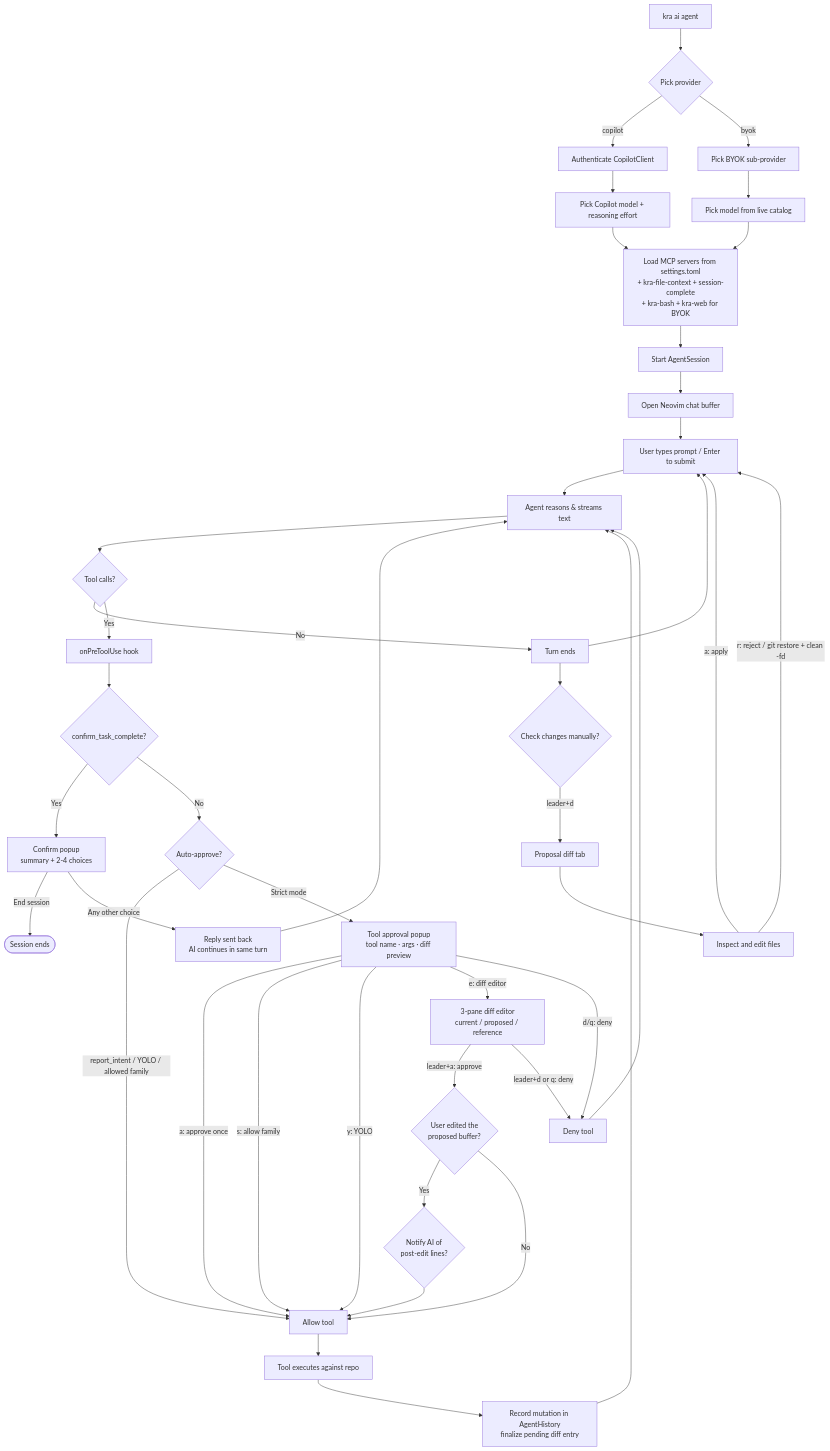
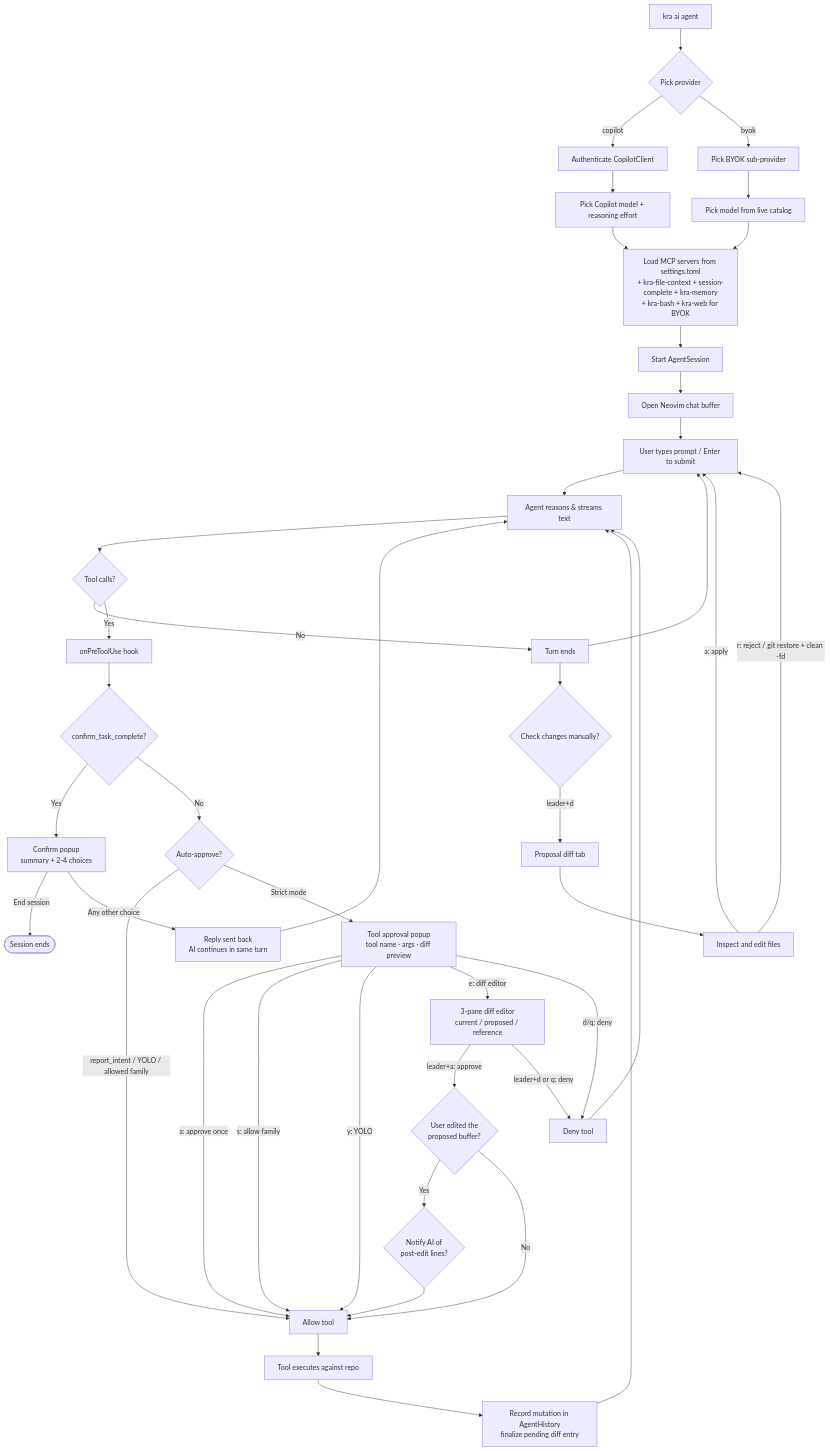
One commit to ChrisRistoff/kra-tmux changed the diagram in AGENT.md. Above: the diagram before and after it, drawn with Mermaid. The commit also changed other lines of this file and 43 other files, not shown here.

First line of the commit message:
feat: Add agent memory indexing, UI improvements, and BYOK provider enhancements

````diff
--- a/AGENT.md
+++ b/AGENT.md
@@ -93,55 +94,55 @@
 ```mermaid
 flowchart TD
     START["kra ai agent"] --> PROVIDER{Pick provider}
 
     PROVIDER -- copilot --> COPILOT_AUTH[Authenticate CopilotClient]
     COPILOT_AUTH --> COPILOT_MODEL[Pick Copilot model + reasoning effort]
     COPILOT_MODEL --> SHARED
 
     PROVIDER -- byok --> BYOK_PROV[Pick BYOK sub-provider]
     BYOK_PROV --> BYOK_MODEL[Pick model from live catalog]
     BYOK_MODEL --> SHARED
 
-    SHARED[Load MCP servers from settings.toml<br/>+ kra-file-context + session-complete<br/>+ kra-bash + kra-web for BYOK]
+    SHARED[Load MCP servers from settings.toml<br/>+ kra-file-context + session-complete + kra-memory<br/>+ kra-bash + kra-web for BYOK]
     SHARED --> SESSION[Start AgentSession]
     SESSION --> NVIM[Open Neovim chat buffer]
 
     NVIM --> PROMPT[User types prompt / Enter to submit]
     PROMPT --> SDK[Agent reasons & streams text]
     SDK --> TOOLS{Tool calls?}
     TOOLS -- No --> TURN_END[Turn ends]
     TOOLS -- Yes --> PRETOOL[onPreToolUse hook]
 
     PRETOOL --> IS_CONFIRM{confirm_task_complete?}
     IS_CONFIRM -- Yes --> CONFIRM_POPUP[Confirm popup<br/>summary + 2-4 choices]
     CONFIRM_POPUP -- End session --> DONE([Session ends])
     CONFIRM_POPUP -- Any other choice --> FREE[Reply sent back<br/>AI continues in same turn]
     FREE --> SDK
 
     IS_CONFIRM -- No --> AUTO{Auto-approve?}
     AUTO -- report_intent / YOLO / allowed family --> ALLOW[Allow tool]
 
     AUTO -- Strict mode --> APPROVE_POPUP[Tool approval popup<br/>tool name · args · diff preview]
     APPROVE_POPUP -- a: approve once --> ALLOW
     APPROVE_POPUP -- s: allow family --> ALLOW
     APPROVE_POPUP -- y: YOLO --> ALLOW
     APPROVE_POPUP -- e: diff editor --> DIFF_EDITOR[3-pane diff editor<br/>current / proposed / reference]
     DIFF_EDITOR -- leader+a: approve --> USER_EDITED{User edited the<br/>proposed buffer?}
     USER_EDITED -- Yes --> NOTIFY{Notify AI of<br/>post-edit lines?}
     NOTIFY --> ALLOW
     USER_EDITED -- No --> ALLOW
     DIFF_EDITOR -- leader+d or q: deny --> DENY[Deny tool]
     APPROVE_POPUP -- d/q: deny --> DENY
 
     ALLOW --> EXEC[Tool executes against repo]
     EXEC --> HISTORY[Record mutation in AgentHistory<br/>finalize pending diff entry]
     HISTORY --> SDK
     DENY --> SDK
 
     TURN_END --> PROMPT
     TURN_END --> CHANGED{Check changes manually?}
     CHANGED -- leader+d --> DIFF_TAB[Proposal diff tab]
     DIFF_TAB --> REVIEW[Inspect and edit files]
     REVIEW -- a: apply --> PROMPT
     REVIEW -- r: reject / git restore + clean -fd --> PROMPT
 ```
````
